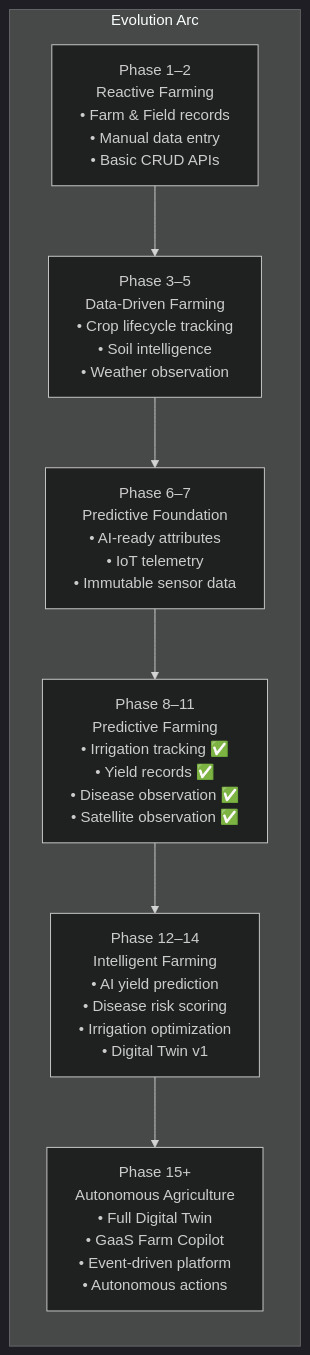
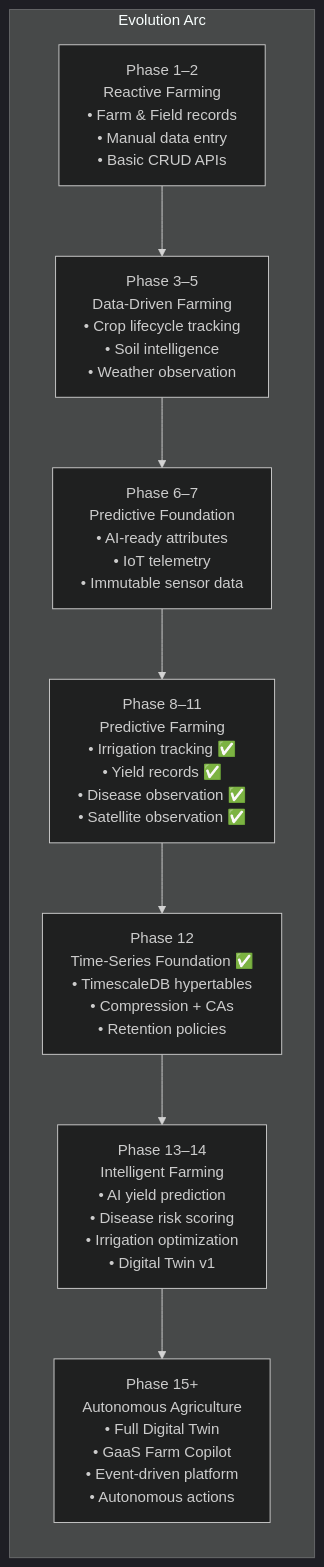
One commit to santoshnarayanan/AGRIFLOW-AI changed diagram 19 of 19 in docs/09-architecture-diagrams.md. Above: the diagram before and after it, drawn with Mermaid (dark theme). The commit also changed other lines of this file, not shown here.

Commit message:
Phase 12 - docs: archiecture diagrams updated

````diff
--- a/docs/09-architecture-diagrams.md
+++ b/docs/09-architecture-diagrams.md
@@ -1447,13 +1505,14 @@
 ```mermaid
 graph LR
     subgraph "Evolution Arc"
         P1["Phase 1–2\nReactive Farming\n• Farm & Field records\n• Manual data entry\n• Basic CRUD APIs"]
         P2["Phase 3–5\nData-Driven Farming\n• Crop lifecycle tracking\n• Soil intelligence\n• Weather observation"]
         P3["Phase 6–7\nPredictive Foundation\n• AI-ready attributes\n• IoT telemetry\n• Immutable sensor data"]
         P4["Phase 8–11\nPredictive Farming\n• Irrigation tracking ✅\n• Yield records ✅\n• Disease observation ✅\n• Satellite observation ✅"]
-        P5["Phase 12–14\nIntelligent Farming\n• AI yield prediction\n• Disease risk scoring\n• Irrigation optimization\n• Digital Twin v1"]
+        P4B["Phase 12\nTime-Series Foundation ✅\n• TimescaleDB hypertables\n• Compression + CAs\n• Retention policies"]
+        P5["Phase 13–14\nIntelligent Farming\n• AI yield prediction\n• Disease risk scoring\n• Irrigation optimization\n• Digital Twin v1"]
         P6["Phase 15+\nAutonomous Agriculture\n• Full Digital Twin\n• GaaS Farm Copilot\n• Event-driven platform\n• Autonomous actions"]
     end
 
-    P1 --> P2 --> P3 --> P4 --> P5 --> P6
+    P1 --> P2 --> P3 --> P4 --> P4B --> P5 --> P6
 ```
````
